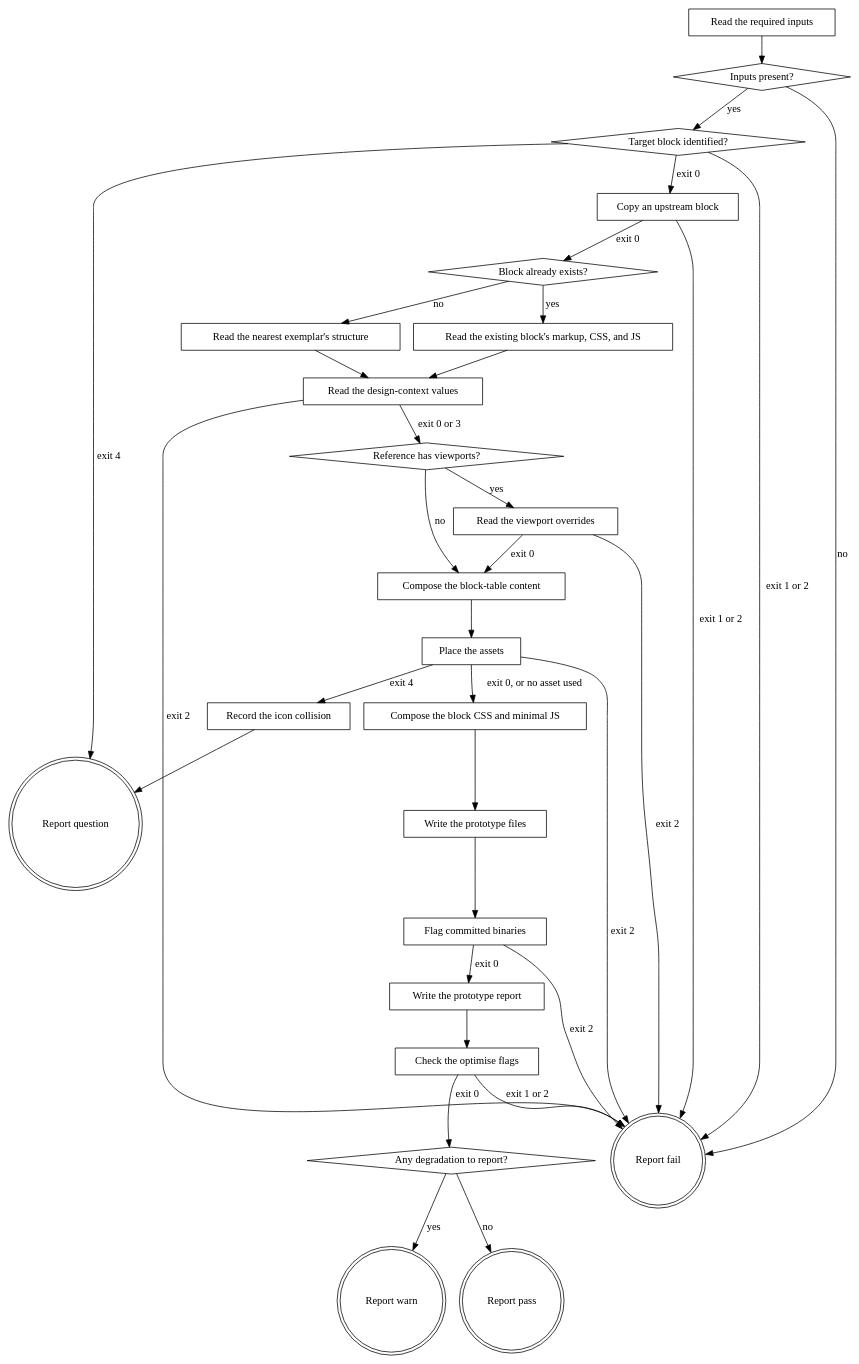
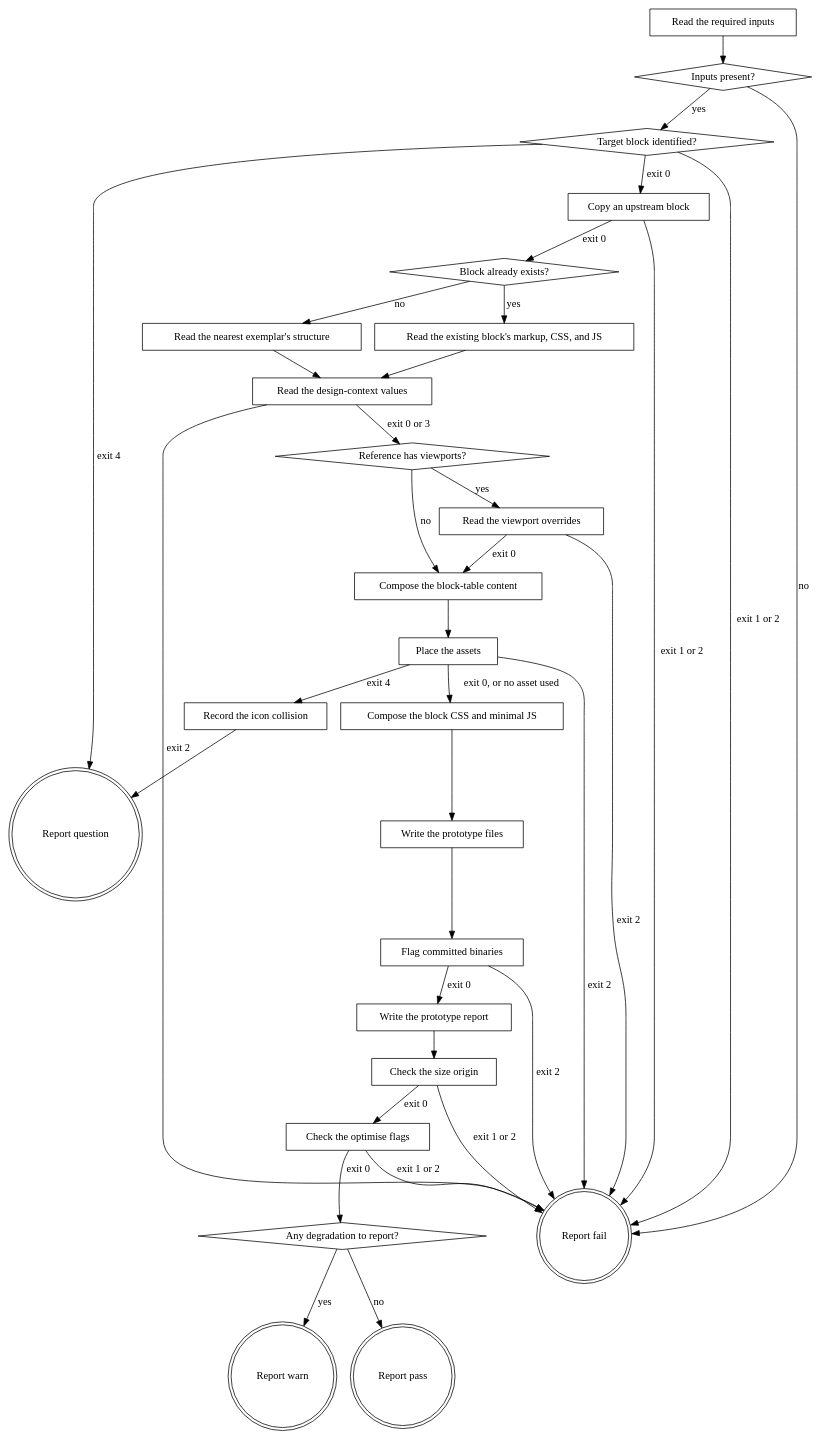
The diagram in plugins/eds/skills/eds-prototype/SKILL.md (agenticDraft/aem-eds-ai-workflow-demo), drawn with Graphviz before and after one commit. The commit also changed other lines of this file and 11 other files, not shown here.

First line of the commit message:
check-size-origin.py refuses a fixed size on text that no design node carries; measure reports holds_text (D541, D542, D543)

````diff
--- a/plugins/eds/skills/eds-prototype/SKILL.md
+++ b/plugins/eds/skills/eds-prototype/SKILL.md
@@ -53,60 +55,63 @@
 ```dot
 digraph eds_prototype {
     "Read the required inputs" [shape=box];
     "Inputs present?" [shape=diamond];
     "Target block identified?" [shape=diamond];
     "Copy an upstream block" [shape=box];
     "Block already exists?" [shape=diamond];
     "Read the existing block's markup, CSS, and JS" [shape=box];
     "Read the nearest exemplar's structure" [shape=box];
     "Read the design-context values" [shape=box];
     "Reference has viewports?" [shape=diamond];
     "Read the viewport overrides" [shape=box];
     "Compose the block-table content" [shape=box];
     "Place the assets" [shape=box];
     "Record the icon collision" [shape=box];
     "Compose the block CSS and minimal JS" [shape=box];
     "Write the prototype files" [shape=box];
     "Flag committed binaries" [shape=box];
     "Write the prototype report" [shape=box];
+    "Check the size origin" [shape=box];
     "Check the optimise flags" [shape=box];
     "Any degradation to report?" [shape=diamond];
     "Report fail" [shape=doublecircle];
     "Report question" [shape=doublecircle];
     "Report warn" [shape=doublecircle];
     "Report pass" [shape=doublecircle];
 
     "Read the required inputs" -> "Inputs present?";
     "Inputs present?" -> "Target block identified?" [label="yes"];
     "Inputs present?" -> "Report fail" [label="no"];
     "Target block identified?" -> "Copy an upstream block" [label="exit 0"];
     "Copy an upstream block" -> "Block already exists?" [label="exit 0"];
     "Copy an upstream block" -> "Report fail" [label="exit 1 or 2"];
     "Target block identified?" -> "Report question" [label="exit 4"];
     "Target block identified?" -> "Report fail" [label="exit 1 or 2"];
     "Block already exists?" -> "Read the existing block's markup, CSS, and JS" [label="yes"];
     "Block already exists?" -> "Read the nearest exemplar's structure" [label="no"];
     "Read the existing block's markup, CSS, and JS" -> "Read the design-context values";
     "Read the nearest exemplar's structure" -> "Read the design-context values";
     "Read the design-context values" -> "Reference has viewports?" [label="exit 0 or 3"];
     "Read the design-context values" -> "Report fail" [label="exit 2"];
     "Reference has viewports?" -> "Read the viewport overrides" [label="yes"];
     "Reference has viewports?" -> "Compose the block-table content" [label="no"];
     "Read the viewport overrides" -> "Compose the block-table content" [label="exit 0"];
     "Read the viewport overrides" -> "Report fail" [label="exit 2"];
     "Compose the block-table content" -> "Place the assets";
     "Place the assets" -> "Compose the block CSS and minimal JS" [label="exit 0, or no asset used"];
     "Place the assets" -> "Record the icon collision" [label="exit 4"];
     "Place the assets" -> "Report fail" [label="exit 2"];
     "Record the icon collision" -> "Report question";
     "Compose the block CSS and minimal JS" -> "Write the prototype files";
     "Write the prototype files" -> "Flag committed binaries";
     "Flag committed binaries" -> "Write the prototype report" [label="exit 0"];
     "Flag committed binaries" -> "Report fail" [label="exit 2"];
-    "Write the prototype report" -> "Check the optimise flags";
+    "Write the prototype report" -> "Check the size origin";
+    "Check the size origin" -> "Check the optimise flags" [label="exit 0"];
+    "Check the size origin" -> "Report fail" [label="exit 1 or 2"];
     "Check the optimise flags" -> "Any degradation to report?" [label="exit 0"];
     "Check the optimise flags" -> "Report fail" [label="exit 1 or 2"];
     "Any degradation to report?" -> "Report warn" [label="yes"];
     "Any degradation to report?" -> "Report pass" [label="no"];
 }
 ```
````
